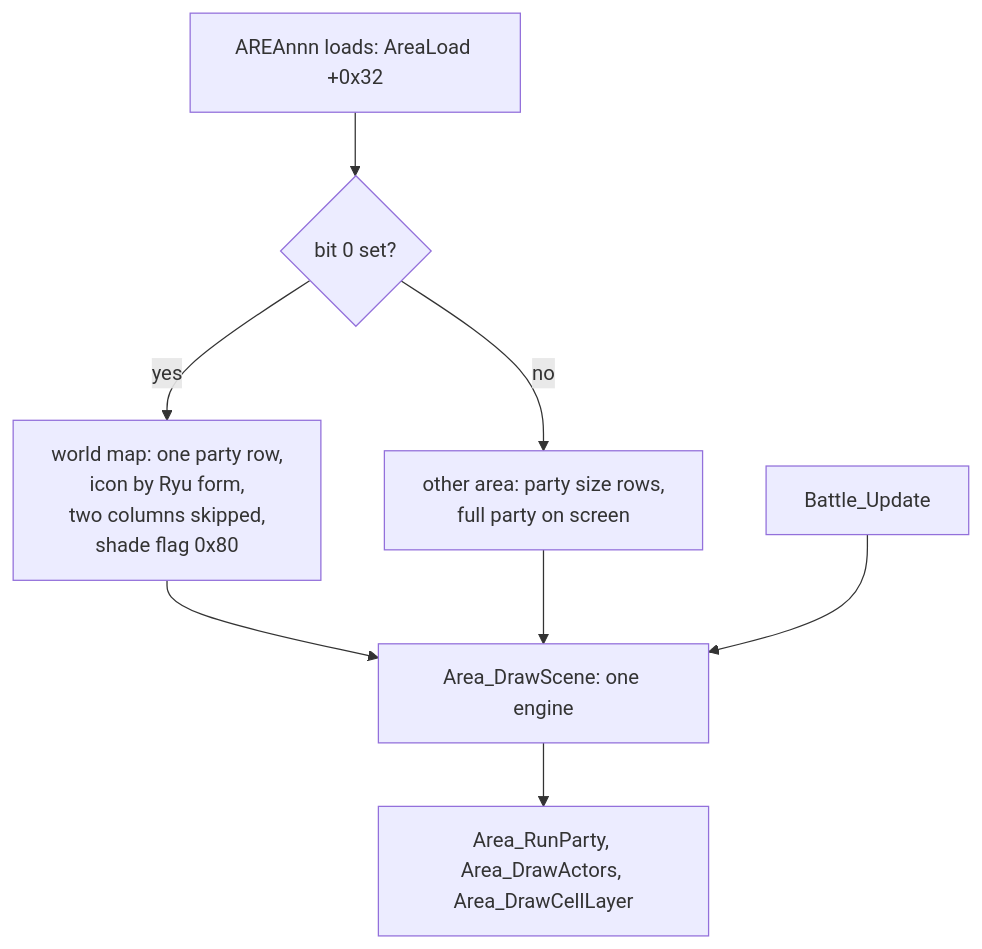
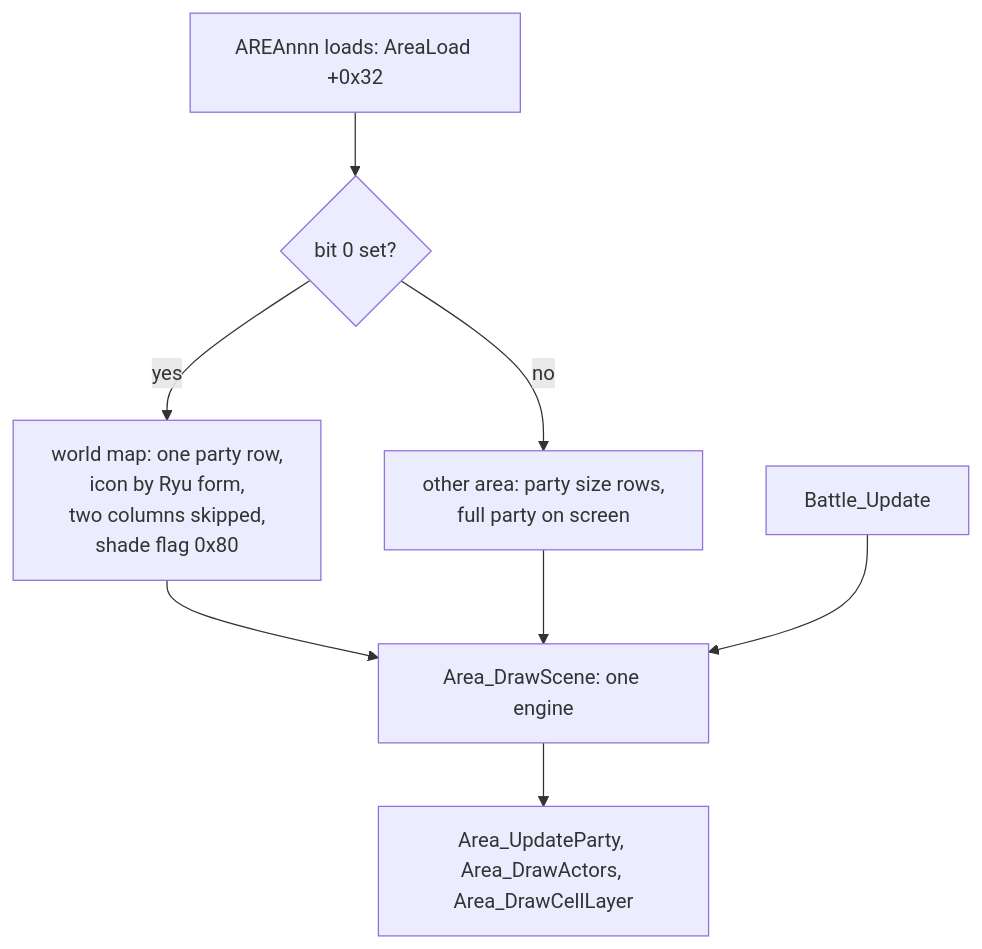
One commit to raulcorreia7/bof3-wiki changed the diagram in src/content/docs/data/programs.md. Above: the diagram before and after it, drawn with Mermaid. The commit also changed other lines of this file and 29 other files, not shown here.

````diff
--- a/src/content/docs/data/programs.md
+++ b/src/content/docs/data/programs.md
@@ -81,10 +81,10 @@
 ```mermaid
 flowchart TD
     A["AREAnnn loads: AreaLoad +0x32"] --> B{"bit 0 set?"}
     B -- yes --> C["world map: one party row,<br/>icon by Ryu form,<br/>two columns skipped,<br/>shade flag 0x80"]
     B -- no --> D["other area: party size rows,<br/>full party on screen"]
     C --> E["Area_DrawScene: one engine"]
     D --> E
-    E --> F["Area_RunParty, Area_DrawActors, Area_DrawCellLayer"]
+    E --> F["Area_UpdateParty, Area_DrawActors, Area_DrawCellLayer"]
     G["Battle_Update"] --> E
 ```
````
